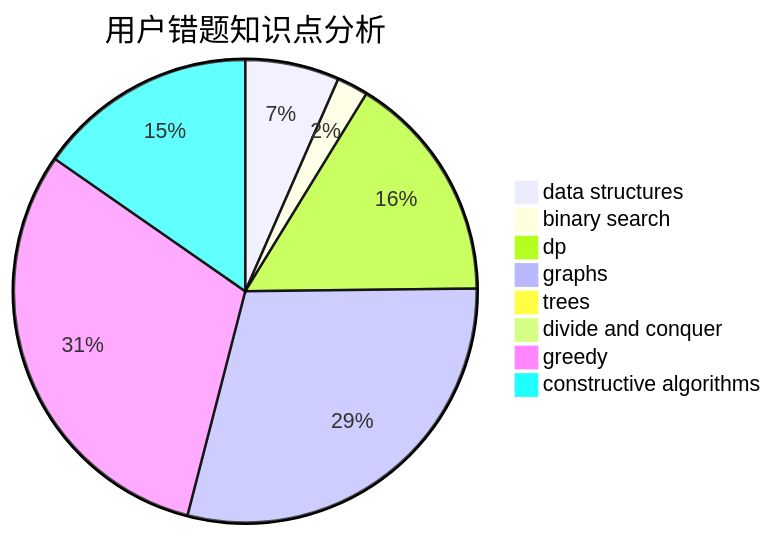
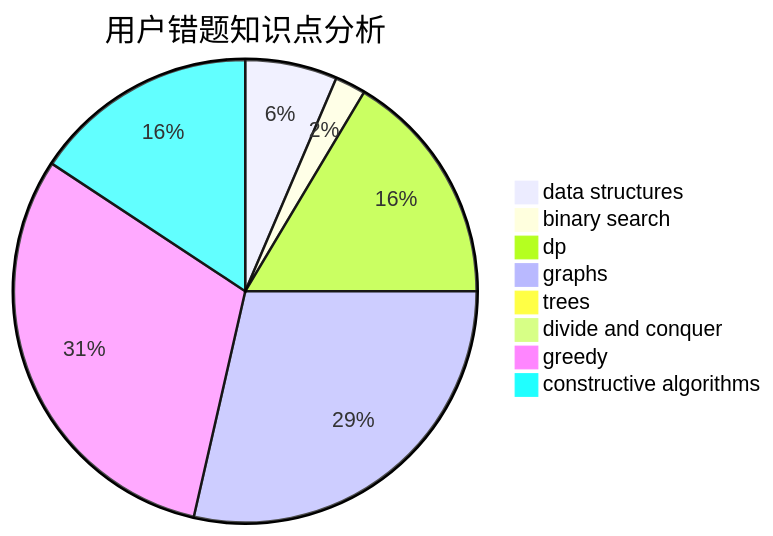
The third of 3 diagrams in docs/user/u2622.md (sherpahu/cfrs.github.io), drawn with Mermaid before and after one commit. The commit also changed other lines of this file and 2770 other files, not shown here.

````diff
--- a/docs/user/u2622.md
+++ b/docs/user/u2622.md
@@ -36,11 +36,11 @@
 ```mermaid
 pie title 用户错题知识点分析
     "data structures" :  9
     "binary search" :  3
-    "dp" :  22
+    "dp" :  23
     "graphs" :  40
     "trees" :  0
     "divide and conquer" :  0
-    "greedy" :  42
-    "constructive algorithms" :  21
+    "greedy" :  43
+    "constructive algorithms" :  22
 ```
````
